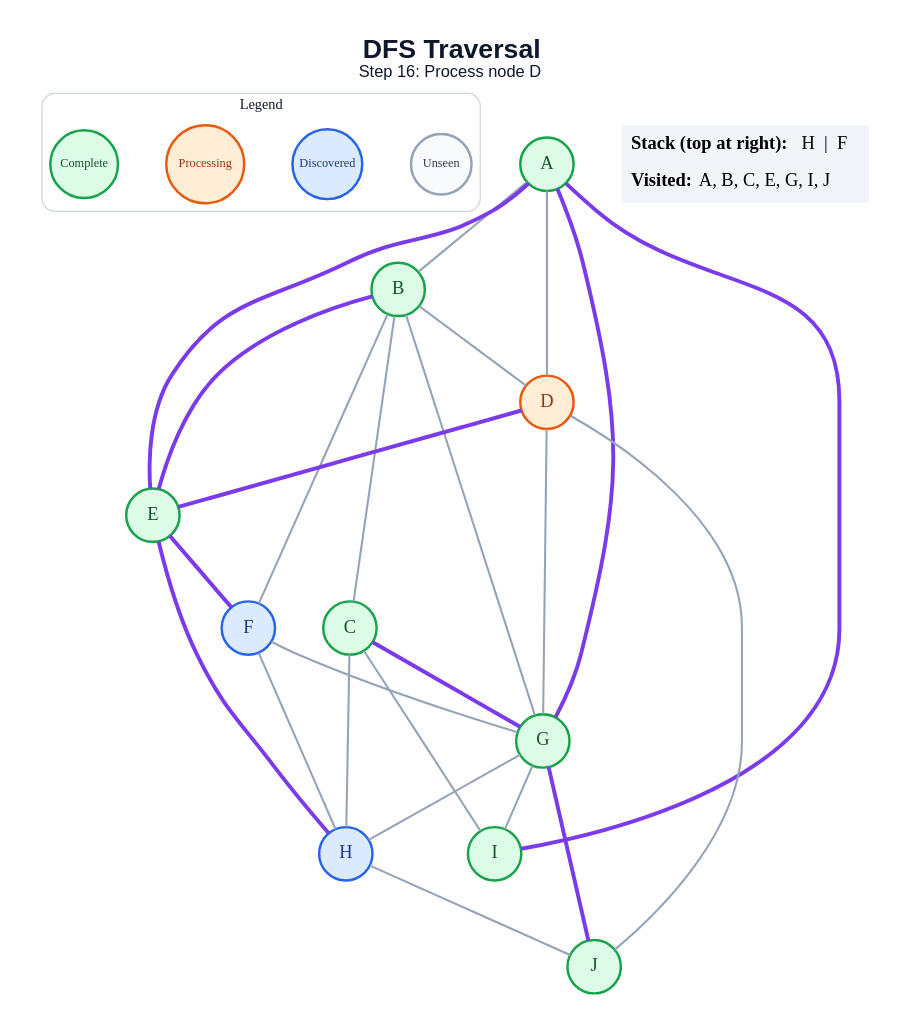
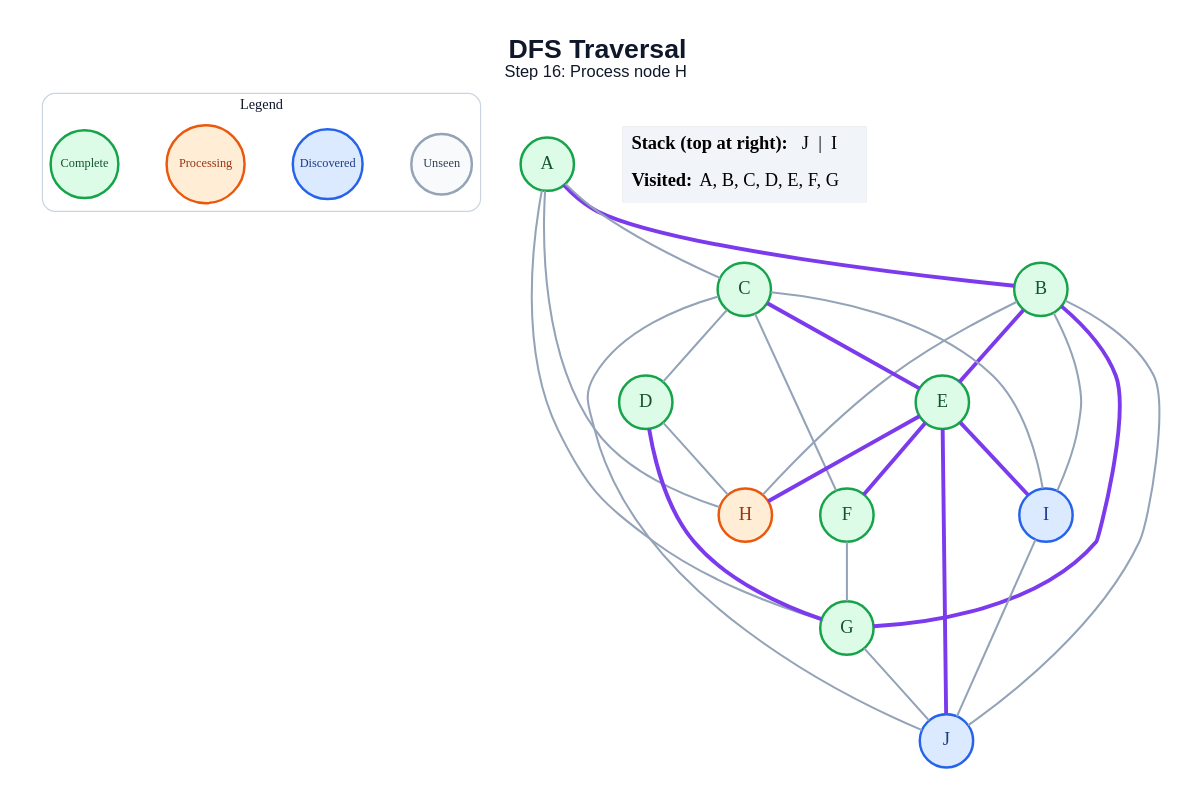
Before and after one commit to amanghodawala9/ai-slop: the diagram in generated/specific-node/dfs/step_16.dot, drawn with Graphviz. The commit also changed 178 other files, not shown here.

```diff
--- a/generated/specific-node/dfs/step_16.dot
+++ b/generated/specific-node/dfs/step_16.dot
@@ -1,53 +1,52 @@
 graph traversal {
   graph [layout=dot, rankdir=TB, bgcolor="#FFFFFF", pad="0.35", nodesep="0.65", ranksep="0.8", fontname="Arial"];
   node [shape=circle, style="filled", fontname="Arial Bold", fontsize=18, width=0.72, fixedsize=true, penwidth=2.4];
   edge [color="#94A3B8", penwidth=2.0];
-  label=<<B>DFS Traversal</B><BR/><FONT POINT-SIZE="16">Step 16: Process node D</FONT>>; labelloc="t"; fontsize=26; fontname="Arial"; fontcolor="#0F172A";
+  label=<<B>DFS Traversal</B><BR/><FONT POINT-SIZE="16">Step 16: Process node H</FONT>>; labelloc="t"; fontsize=26; fontname="Arial"; fontcolor="#0F172A";
   subgraph cluster_legend { label="Legend"; color="#CBD5E1"; penwidth=1.2; style="rounded"; fontsize=14; fontname="Arial Bold";
     key_unseen [label="Unseen", fillcolor="#F8FAFC", color="#94A3B8", fontcolor="#334155", fontsize=12, width=0.82];
     key_frontier [label="Discovered", fillcolor="#DBEAFE", color="#2563EB", fontcolor="#1E3A8A", fontsize=12, width=0.95];
     key_current [label="Processing", fillcolor="#FFEDD5", color="#EA580C", fontcolor="#9A3412", fontsize=12, width=1.05];
     key_done [label="Complete", fillcolor="#DCFCE7", color="#16A34A", fontcolor="#14532D", fontsize=12, width=0.92];
     { rank=same; key_unseen; key_frontier; key_current; key_done; }
   }
   A [fillcolor="#DCFCE7", color="#16A34A", fontcolor="#14532D"];
   B [fillcolor="#DCFCE7", color="#16A34A", fontcolor="#14532D"];
   C [fillcolor="#DCFCE7", color="#16A34A", fontcolor="#14532D"];
-  D [fillcolor="#FFEDD5", color="#EA580C", fontcolor="#9A3412"];
+  D [fillcolor="#DCFCE7", color="#16A34A", fontcolor="#14532D"];
   E [fillcolor="#DCFCE7", color="#16A34A", fontcolor="#14532D"];
-  F [fillcolor="#DBEAFE", color="#2563EB", fontcolor="#1E3A8A"];
+  F [fillcolor="#DCFCE7", color="#16A34A", fontcolor="#14532D"];
   G [fillcolor="#DCFCE7", color="#16A34A", fontcolor="#14532D"];
-  H [fillcolor="#DBEAFE", color="#2563EB", fontcolor="#1E3A8A"];
-  I [fillcolor="#DCFCE7", color="#16A34A", fontcolor="#14532D"];
-  J [fillcolor="#DCFCE7", color="#16A34A", fontcolor="#14532D"];
-  A -- B;
-  A -- D;
-  A -- E [color="#7C3AED", penwidth=3.8];
-  A -- G [color="#7C3AED", penwidth=3.8];
-  A -- I [color="#7C3AED", penwidth=3.8];
-  B -- C;
-  B -- D;
+  H [fillcolor="#FFEDD5", color="#EA580C", fontcolor="#9A3412"];
+  I [fillcolor="#DBEAFE", color="#2563EB", fontcolor="#1E3A8A"];
+  J [fillcolor="#DBEAFE", color="#2563EB", fontcolor="#1E3A8A"];
+  A -- B [color="#7C3AED", penwidth=3.8];
+  A -- C;
+  A -- G;
+  A -- H;
   B -- E [color="#7C3AED", penwidth=3.8];
-  B -- F;
-  B -- G;
-  C -- G [color="#7C3AED", penwidth=3.8];
-  C -- H;
+  B -- G [color="#7C3AED", penwidth=3.8];
+  B -- H;
+  B -- I;
+  B -- J;
+  C -- D;
+  C -- E [color="#7C3AED", penwidth=3.8];
+  C -- F;
   C -- I;
-  D -- E [color="#7C3AED", penwidth=3.8];
-  D -- G;
-  D -- J;
+  C -- J;
+  D -- G [color="#7C3AED", penwidth=3.8];
+  D -- H;
   E -- F [color="#7C3AED", penwidth=3.8];
   E -- H [color="#7C3AED", penwidth=3.8];
+  E -- I [color="#7C3AED", penwidth=3.8];
+  E -- J [color="#7C3AED", penwidth=3.8];
   F -- G;
-  F -- H;
-  G -- H;
-  G -- I;
-  G -- J [color="#7C3AED", penwidth=3.8];
-  H -- J;
+  G -- J;
+  I -- J;
   status [shape=plain, fixedsize=false, width=0, height=0, margin=0, label=<
     <TABLE BORDER="0" CELLBORDER="0" CELLPADDING="7" BGCOLOR="#F1F5F9">
-      <TR><TD ALIGN="LEFT"><B>Stack (top at right):</B> H  |  F</TD></TR>
-      <TR><TD ALIGN="LEFT"><B>Visited:</B> A, B, C, E, G, I, J</TD></TR>
+      <TR><TD ALIGN="LEFT"><B>Stack (top at right):</B> J  |  I</TD></TR>
+      <TR><TD ALIGN="LEFT"><B>Visited:</B> A, B, C, D, E, F, G</TD></TR>
     </TABLE>
   >];
 }
```
